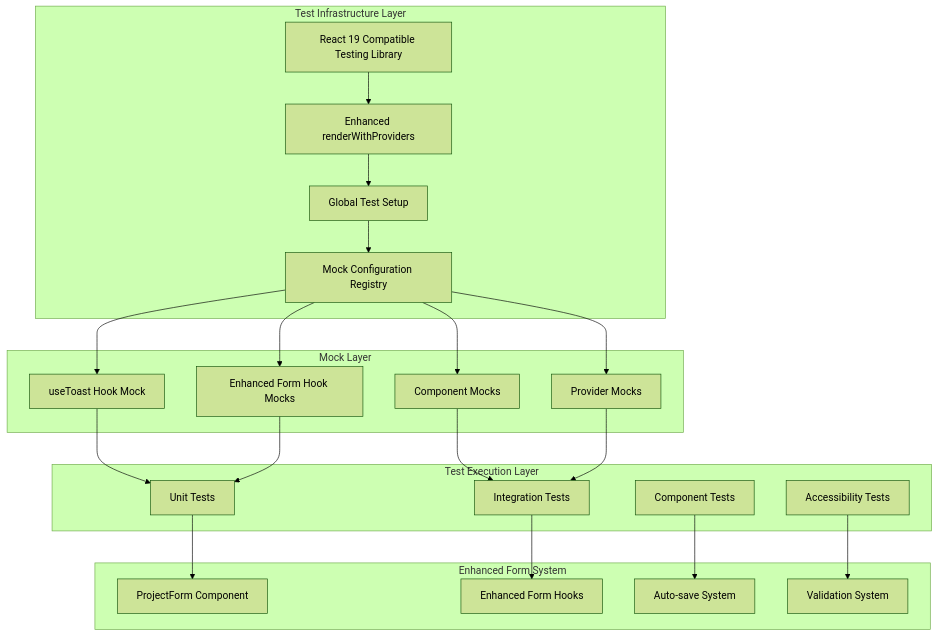
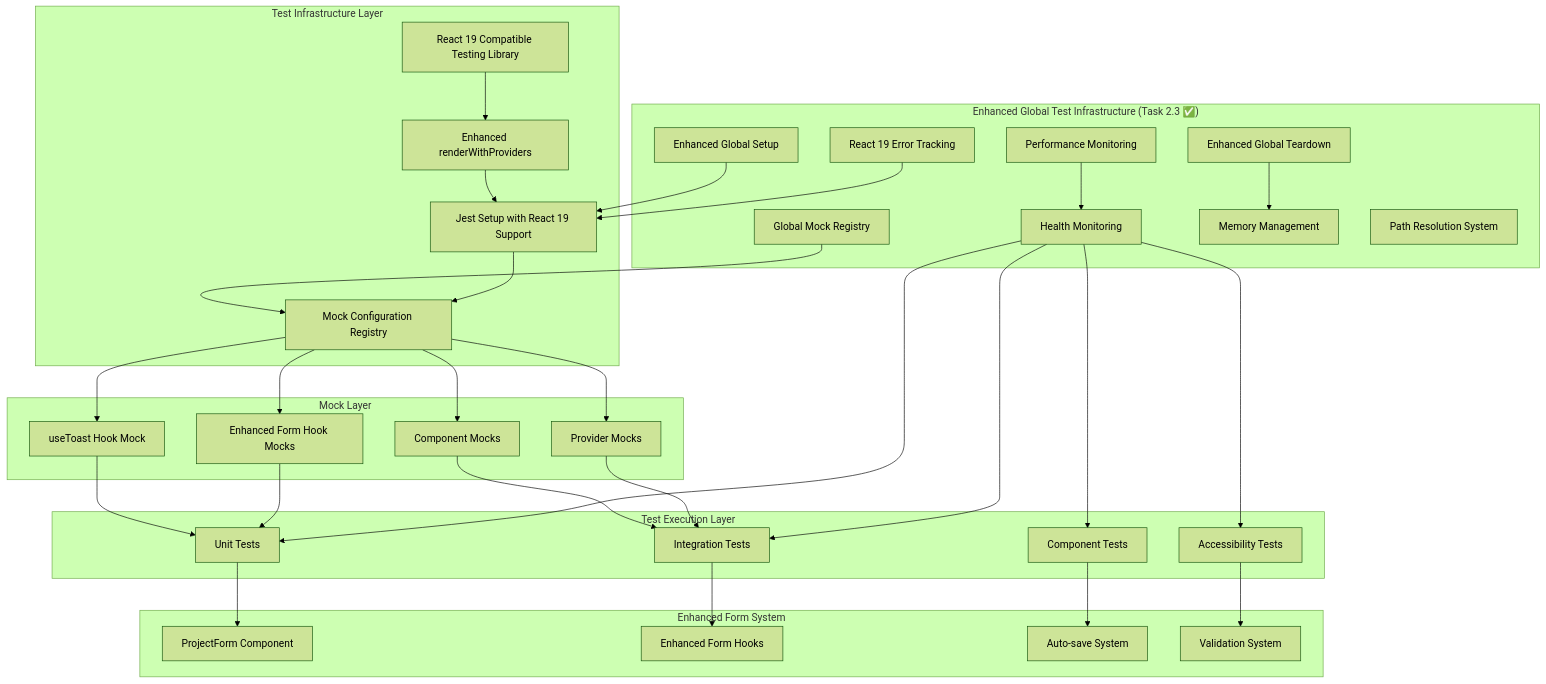
The first of 2 diagrams in .kiro/specs/test-infrastructure-fix/design.md (waghostel/MedicalDeviceRegulationAgent), drawn with Mermaid (forest theme) before and after one commit. The commit also changed other lines of this file, not shown here.

Commit message:
Update design.md for Jest Setup with React 19 Support

````diff
--- a/.kiro/specs/test-infrastructure-fix/design.md
+++ b/.kiro/specs/test-infrastructure-fix/design.md
@@ -13,48 +13,70 @@
 ```mermaid
 graph TB
+    subgraph "Enhanced Global Test Infrastructure (Task 2.3 ✅)"
+        GS[Enhanced Global Setup]
+        GT[Enhanced Global Teardown]
+        ER[React 19 Error Tracking]
+        MR[Global Mock Registry]
+        PM[Performance Monitoring]
+        HM[Health Monitoring]
+        MC[Memory Management]
+        PR[Path Resolution System]
+    end
+    
     subgraph "Test Infrastructure Layer"
         A[React 19 Compatible Testing Library]
         B[Enhanced renderWithProviders]
-        C[Global Test Setup]
+        C[Jest Setup with React 19 Support]
         D[Mock Configuration Registry]
     end
     
     subgraph "Mock Layer"
         E[useToast Hook Mock]
         F[Enhanced Form Hook Mocks]
         G[Component Mocks]
         H[Provider Mocks]
     end
     
     subgraph "Test Execution Layer"
         I[Unit Tests]
         J[Integration Tests]
         K[Component Tests]
         L[Accessibility Tests]
     end
     
     subgraph "Enhanced Form System"
         M[ProjectForm Component]
         N[Enhanced Form Hooks]
         O[Auto-save System]
         P[Validation System]
     end
     
+    GS --> C
+    GT --> MC
+    ER --> C
+    MR --> D
+    PM --> HM
+    
     A --> B
     B --> C
     C --> D
     D --> E
     D --> F
     D --> G
     D --> H
     
     E --> I
     F --> I
     G --> J
     H --> J
     
     I --> M
     J --> N
     K --> O
     L --> P
+    
+    HM --> I
+    HM --> J
+    HM --> K
+    HM --> L
 ```
````
